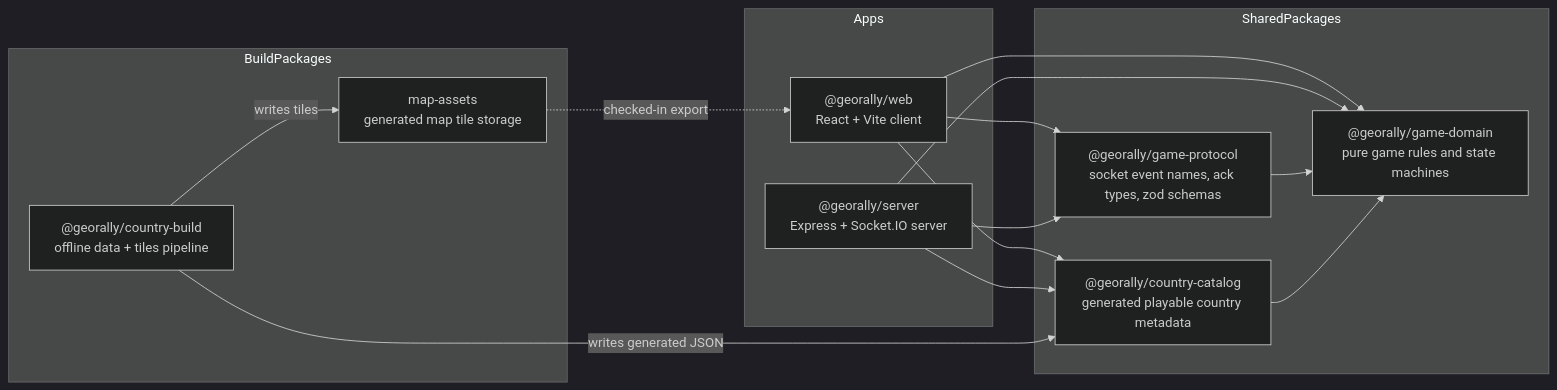
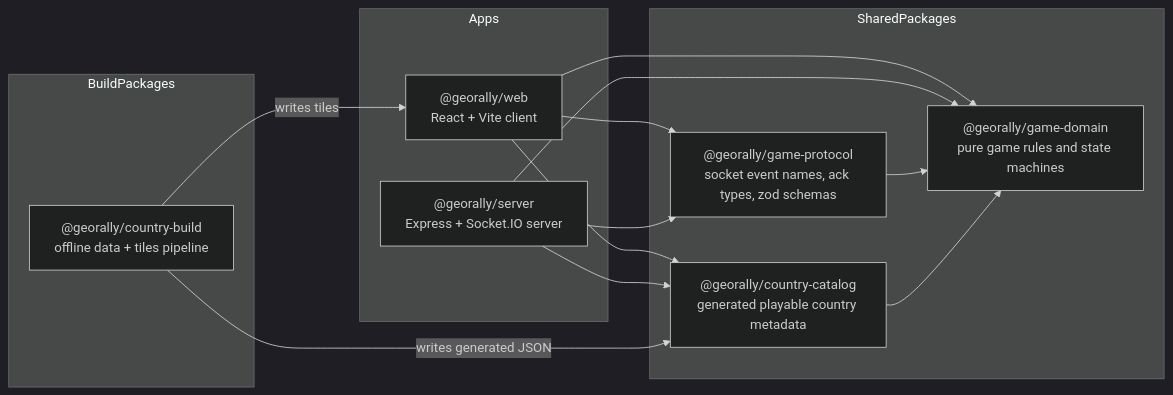
The diagram in README.md (atamuratov07/georally-game), drawn with Mermaid (dark theme) before and after one commit. The commit also changed other lines of this file and 21 other files, not shown here.

````diff
--- a/README.md
+++ b/README.md
@@ -203,30 +203,28 @@
 ```mermaid
 graph LR
     subgraph Apps
         WEB["@georally/web<br/>React + Vite client"]
         SERVER["@georally/server<br/>Express + Socket.IO server"]
     end
 
     subgraph SharedPackages
         DOMAIN["@georally/game-domain<br/>pure game rules and state machines"]
         PROTOCOL["@georally/game-protocol<br/>socket event names, ack types, zod schemas"]
         CATALOG["@georally/country-catalog<br/>generated playable country metadata"]
     end
 
     subgraph BuildPackages
         BUILD["@georally/country-build<br/>offline data + tiles pipeline"]
-        ASSETS["map-assets<br/>generated map tile storage"]
     end
 
     WEB --> DOMAIN
     WEB --> PROTOCOL
     WEB --> CATALOG
     SERVER --> DOMAIN
     SERVER --> PROTOCOL
     SERVER --> CATALOG
     PROTOCOL --> DOMAIN
     CATALOG --> DOMAIN
     BUILD -->|writes generated JSON| CATALOG
-    BUILD -->|writes tiles| ASSETS
-    ASSETS -.->|checked-in export| WEB
+    BUILD -->|writes tiles| WEB
 ```
````
